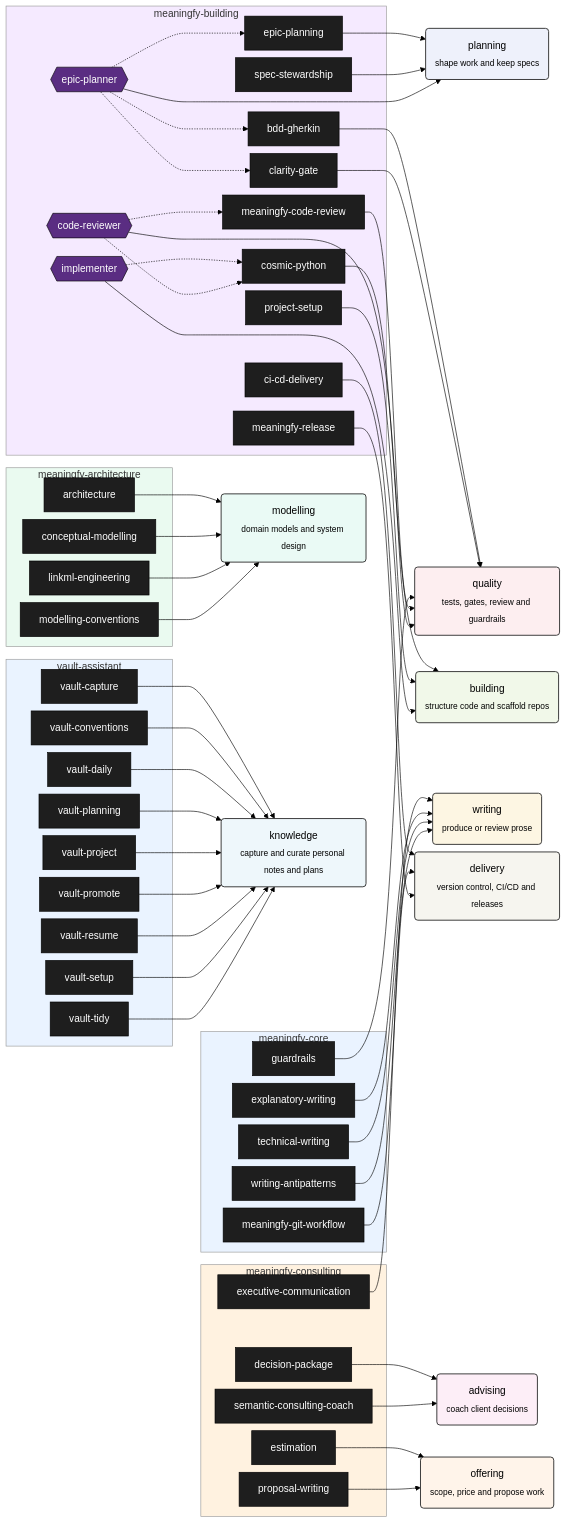
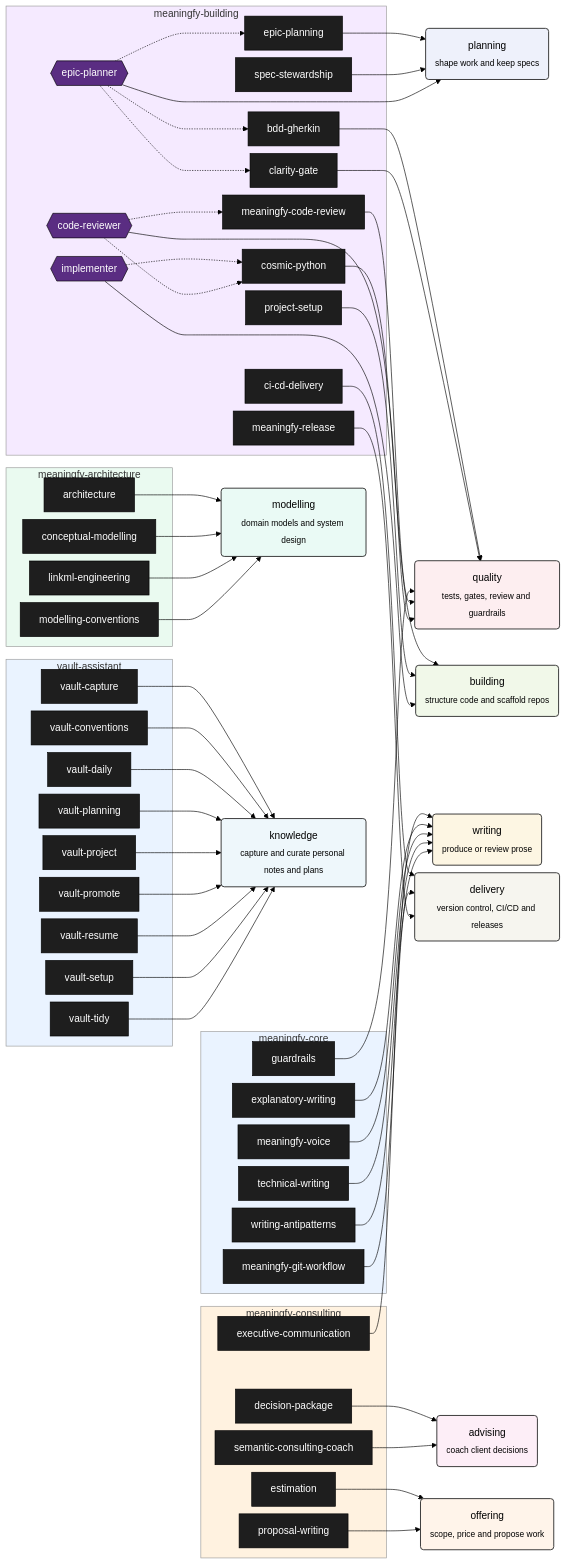
The first of 3 diagrams in docs/skill-inventory.md (meaningfy-ws/skillery), drawn with Mermaid (forest theme) before and after one commit. The commit also changed other lines of this file and 70 other files, not shown here.

First line of the commit message:
feat(skills): add the meaningfy-voice foundation skill and cross_skill_paths

```diff
--- a/docs/skill-inventory.md
+++ b/docs/skill-inventory.md
@@ -18,6 +18,7 @@
     s_technical_writing["technical-writing"]
     s_explanatory_writing["explanatory-writing"]
     s_writing_antipatterns["writing-antipatterns"]
+    s_meaningfy_voice["meaningfy-voice"]
     s_meaningfy_git_workflow["meaningfy-git-workflow"]
     s_guardrails["guardrails"]
   end
@@ -86,6 +87,7 @@
   s_meaningfy_code_review --> p_quality
   s_meaningfy_git_workflow --> p_delivery
   s_meaningfy_release --> p_delivery
+  s_meaningfy_voice --> p_writing
   s_modelling_conventions --> p_modelling
   s_project_setup --> p_building
   s_proposal_writing --> p_offering
@@ -143,6 +145,7 @@
   style s_meaningfy_code_review fill:#1e1e1e,color:#ffffff,stroke:#000
   style s_meaningfy_git_workflow fill:#1e1e1e,color:#ffffff,stroke:#000
   style s_meaningfy_release fill:#1e1e1e,color:#ffffff,stroke:#000
+  style s_meaningfy_voice fill:#1e1e1e,color:#ffffff,stroke:#000
   style s_modelling_conventions fill:#1e1e1e,color:#ffffff,stroke:#000
   style s_project_setup fill:#1e1e1e,color:#ffffff,stroke:#000
   style s_proposal_writing fill:#1e1e1e,color:#ffffff,stroke:#000
```
